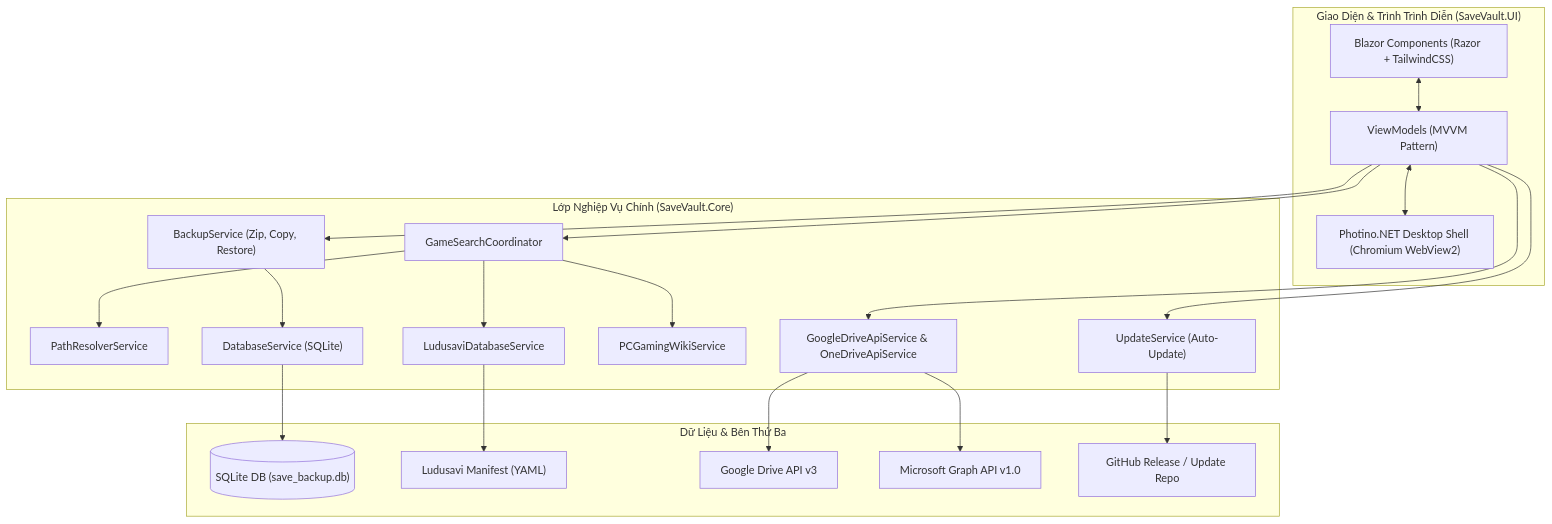
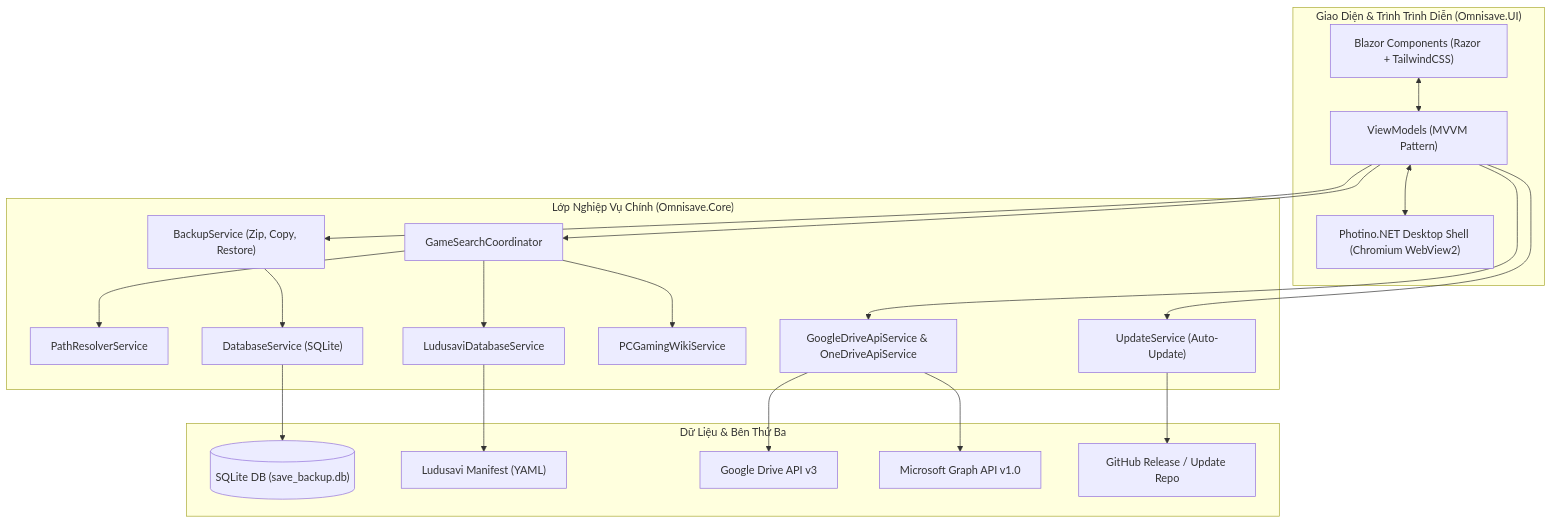
The diagram in README.md (tuannguyentnn/SaveVault), drawn with Mermaid before and after one commit. The commit also changed other lines of this file and 41 other files, not shown here.

````diff
--- a/README.md
+++ b/README.md
@@ -58,44 +58,44 @@
 ```mermaid
 flowchart TD
-    subgraph UI_Layer["Giao Diện & Trình Trình Diễn (SaveVault.UI)"]
+    subgraph UI_Layer["Giao Diện & Trình Trình Diễn (Omnisave.UI)"]
         Razor["Blazor Components (Razor + TailwindCSS)"]
         VM["ViewModels (MVVM Pattern)"]
         Photino["Photino.NET Desktop Shell (Chromium WebView2)"]
     end
 
-    subgraph Core_Layer["Lớp Nghiệp Vụ Chính (SaveVault.Core)"]
+    subgraph Core_Layer["Lớp Nghiệp Vụ Chính (Omnisave.Core)"]
         Coord["GameSearchCoordinator"]
         PathRes["PathResolverService"]
         BackupSvc["BackupService (Zip, Copy, Restore)"]
         DbSvc["DatabaseService (SQLite)"]
         LudusaviSvc["LudusaviDatabaseService"]
         WikiSvc["PCGamingWikiService"]
         CloudSvc["GoogleDriveApiService & OneDriveApiService"]
         UpdSvc["UpdateService (Auto-Update)"]
     end
 
     subgraph Data_Layer["Dữ Liệu & Bên Thứ Ba"]
         SQLite[("SQLite DB (save_backup.db)")]
         Manifest["Ludusavi Manifest (YAML)"]
         GDrive["Google Drive API v3"]
         ODrive["Microsoft Graph API v1.0"]
         GitHub["GitHub Release / Update Repo"]
     end
 
     Razor <--> VM
     VM <--> Photino
     VM --> Coord
     VM --> BackupSvc
     VM --> CloudSvc
     VM --> UpdSvc
 
     Coord --> PathRes
     Coord --> LudusaviSvc
     Coord --> WikiSvc
     BackupSvc --> DbSvc
     DbSvc --> SQLite
     LudusaviSvc --> Manifest
     CloudSvc --> GDrive
     CloudSvc --> ODrive
     UpdSvc --> GitHub
 ```
````
